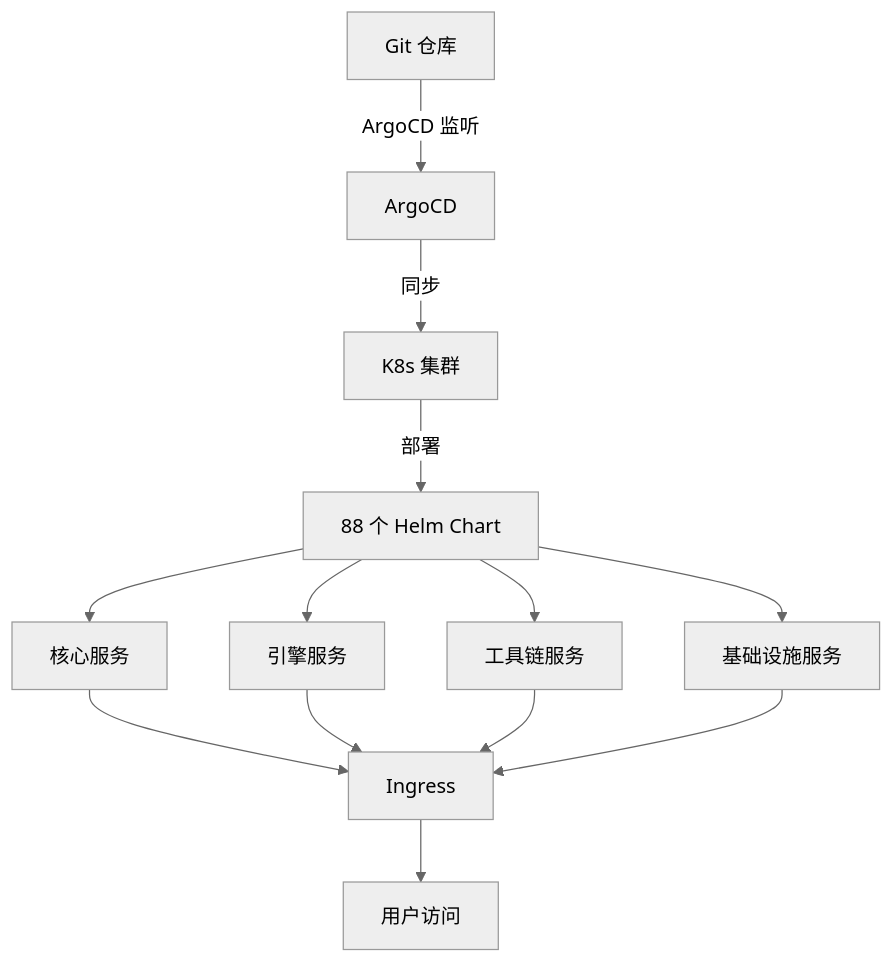
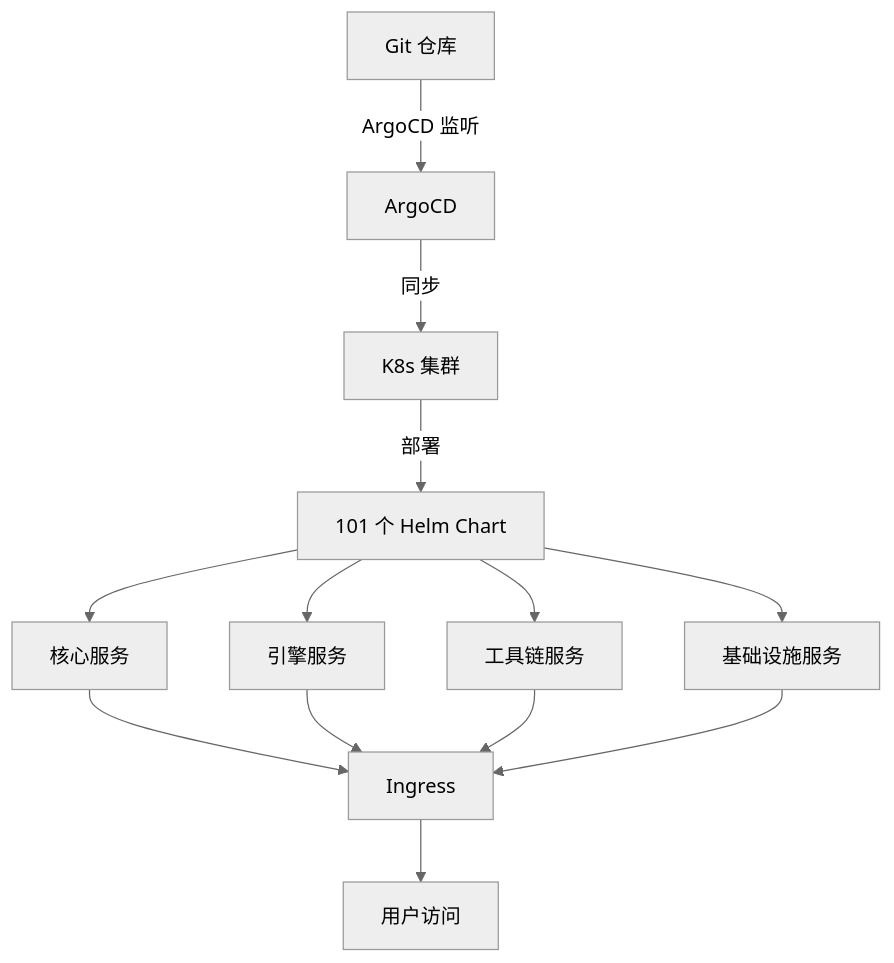
The first of 2 diagrams in design/deploy/部署手册.md (Levango7/DataEngineBDP), drawn with Mermaid (neutral theme) before and after one commit. The commit also changed 8 other files, not shown here.

Commit message:
docs: 订正模块/图表/测试/视图计数口径——encaps-shared-model 入账（自研 46→47、目录 38→39、Chart 88→101、集成测试 61→62、视图 72→83）

````diff
--- a/design/deploy/部署手册.md
+++ b/design/deploy/部署手册.md
@@ -32,15 +32,15 @@
 ```mermaid
 graph TD
   A[Git 仓库] -->|ArgoCD 监听| B[ArgoCD]
   B -->|同步| C[K8s 集群]
-  C -->|部署| D[88 个 Helm Chart]
+  C -->|部署| D[101 个 Helm Chart]
   D --> E[核心服务]
   D --> F[引擎服务]
   D --> G[工具链服务]
   D --> H[基础设施服务]
   E --> I[Ingress]
   F --> I
   G --> I
   H --> I
   I --> J[用户访问]
 ```
````
